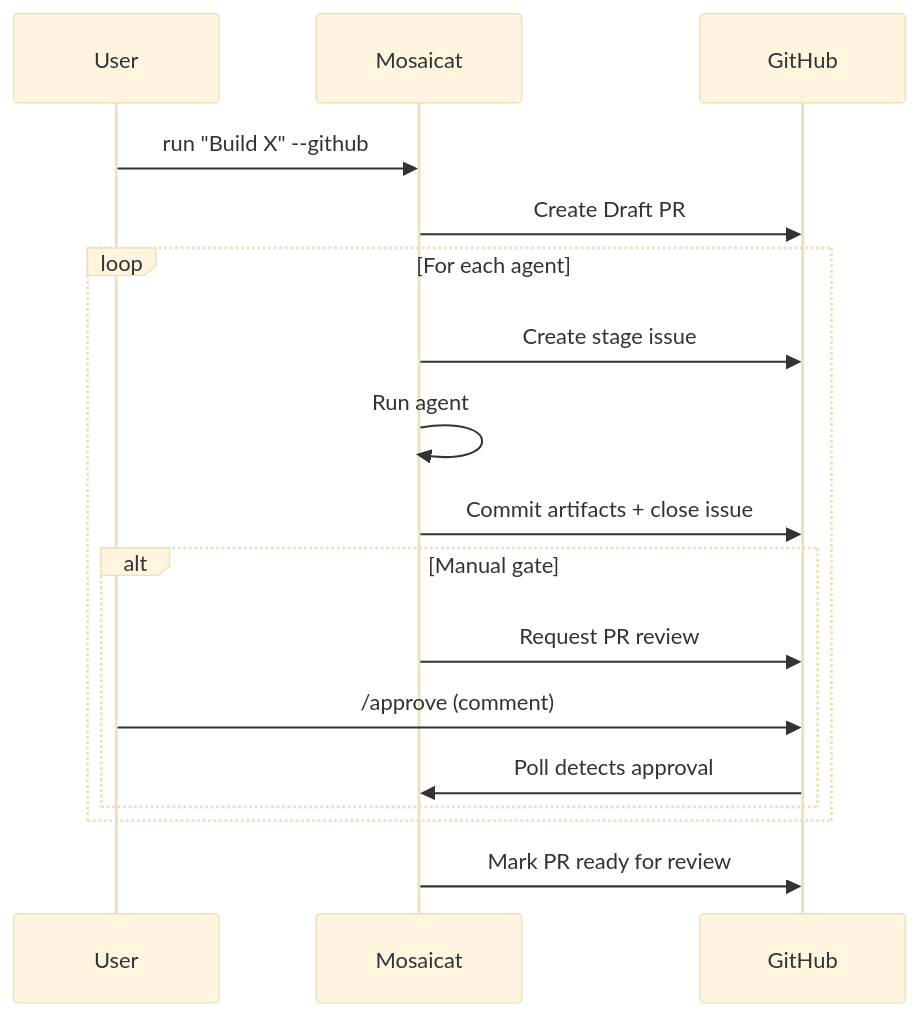
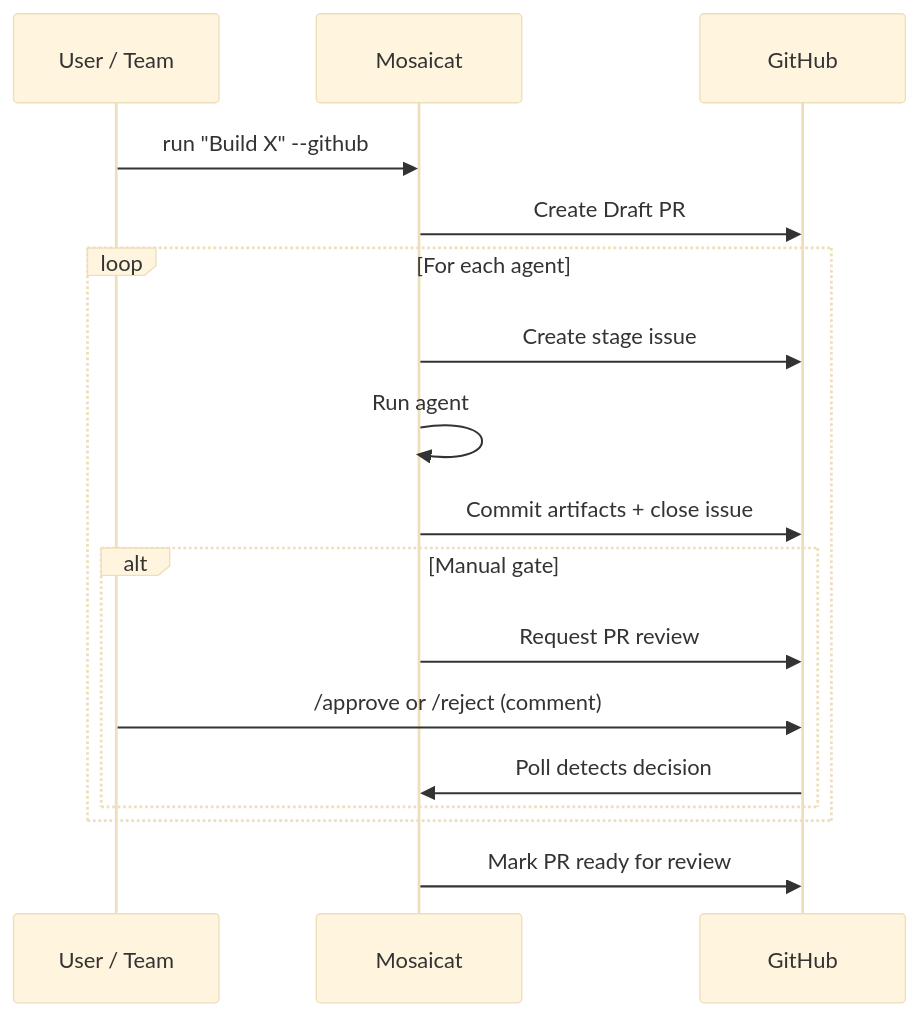
The second of 3 diagrams in README.md (ZB-ur/mosaicat), drawn with Mermaid (base theme) before and after one commit. The commit also changed other lines of this file and 1 other file, not shown here.

````diff
--- a/README.md
+++ b/README.md
@@ -155,20 +195,20 @@
 ```mermaid
 sequenceDiagram
-    participant U as User
+    participant U as User / Team
     participant M as Mosaicat
     participant GH as GitHub
 
     U->>M: run "Build X" --github
     M->>GH: Create Draft PR
     loop For each agent
         M->>GH: Create stage issue
         M->>M: Run agent
         M->>GH: Commit artifacts + close issue
         alt Manual gate
             M->>GH: Request PR review
-            U->>GH: /approve (comment)
-            GH->>M: Poll detects approval
+            U->>GH: /approve or /reject (comment)
+            GH->>M: Poll detects decision
         end
     end
     M->>GH: Mark PR ready for review
 ```
````
